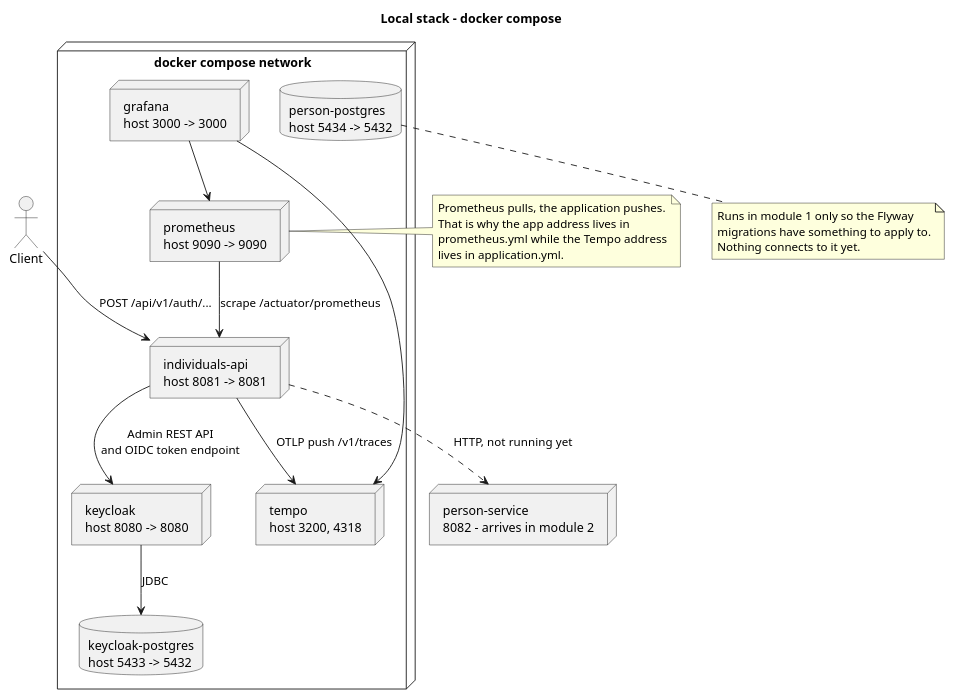
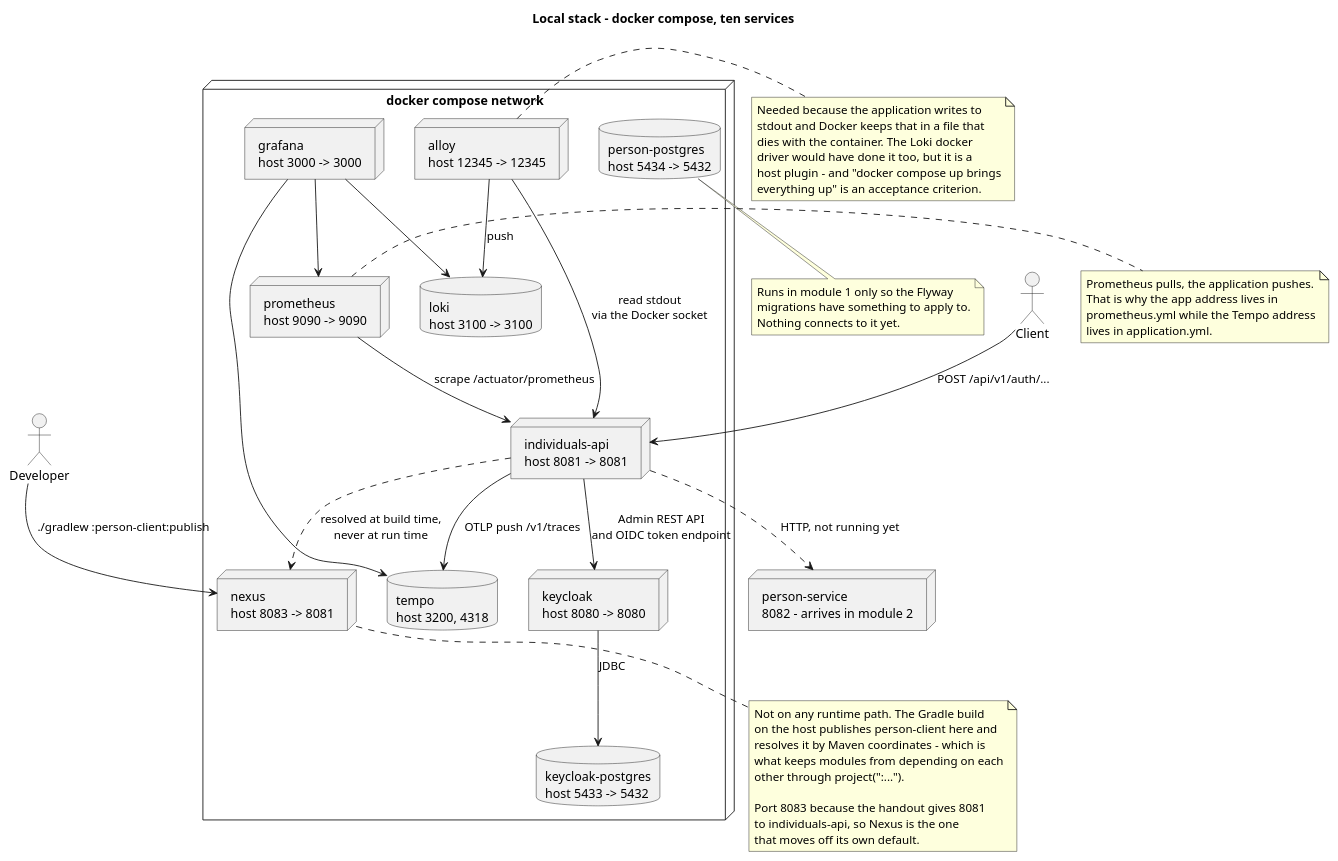
The diagram in docs/deployment.puml (dezxxx/payment-platform), drawn with PlantUML before and after one commit. The commit also changed 8 other files, not shown here.

```diff
--- a/docs/deployment.puml
+++ b/docs/deployment.puml
@@ -1,42 +1,75 @@
 @startuml deployment
-title Local stack - docker compose
+title Local stack - docker compose, ten services
 
 skinparam shadowing false
 
 actor Client
+actor Developer
 
 node "docker compose network" {
   node "individuals-api\nhost 8081 -> 8081" as API
   node "keycloak\nhost 8080 -> 8080" as KC
   database "keycloak-postgres\nhost 5433 -> 5432" as KCDB
   database "person-postgres\nhost 5434 -> 5432" as PSDB
+  node "nexus\nhost 8083 -> 8081" as NEXUS
   node "prometheus\nhost 9090 -> 9090" as PROM
-  node "tempo\nhost 3200, 4318" as TEMPO
+  node "alloy\nhost 12345 -> 12345" as ALLOY
+  database "loki\nhost 3100 -> 3100" as LOKI
+  database "tempo\nhost 3200, 4318" as TEMPO
   node "grafana\nhost 3000 -> 3000" as GRAF
 }
 
 node "person-service\n8082 - arrives in module 2" as PS
 
 Client --> API : POST /api/v1/auth/...
 API --> KC : Admin REST API\nand OIDC token endpoint
 API ..> PS : HTTP, not running yet
 KC --> KCDB : JDBC
+
 PROM --> API : scrape /actuator/prometheus
+ALLOY --> API : read stdout\nvia the Docker socket
+ALLOY --> LOKI : push
 API --> TEMPO : OTLP push /v1/traces
+
 GRAF --> PROM
+GRAF --> LOKI
 GRAF --> TEMPO
+
+Developer --> NEXUS : ./gradlew :person-client:publish
+API ..> NEXUS : resolved at build time,\nnever at run time
 
 note right of PROM
   Prometheus pulls, the application pushes.
   That is why the app address lives in
   prometheus.yml while the Tempo address
   lives in application.yml.
 end note
 
+note bottom of NEXUS
+  Not on any runtime path. The Gradle build
+  on the host publishes person-client here and
+  resolves it by Maven coordinates - which is
+  what keeps modules from depending on each
+  other through project(":...").
+
+  Port 8083 because the handout gives 8081
+  to individuals-api, so Nexus is the one
+  that moves off its own default.
+end note
+
 note bottom of PSDB
   Runs in module 1 only so the Flyway
   migrations have something to apply to.
   Nothing connects to it yet.
 end note
 
+note right of ALLOY
+  Needed because the application writes to
+  stdout and Docker keeps that in a file that
+  dies with the container. The Loki docker
+  driver would have done it too, but it is a
+  host plugin - and "docker compose up brings
+  everything up" is an acceptance criterion.
+end note
+
 @enduml
```
